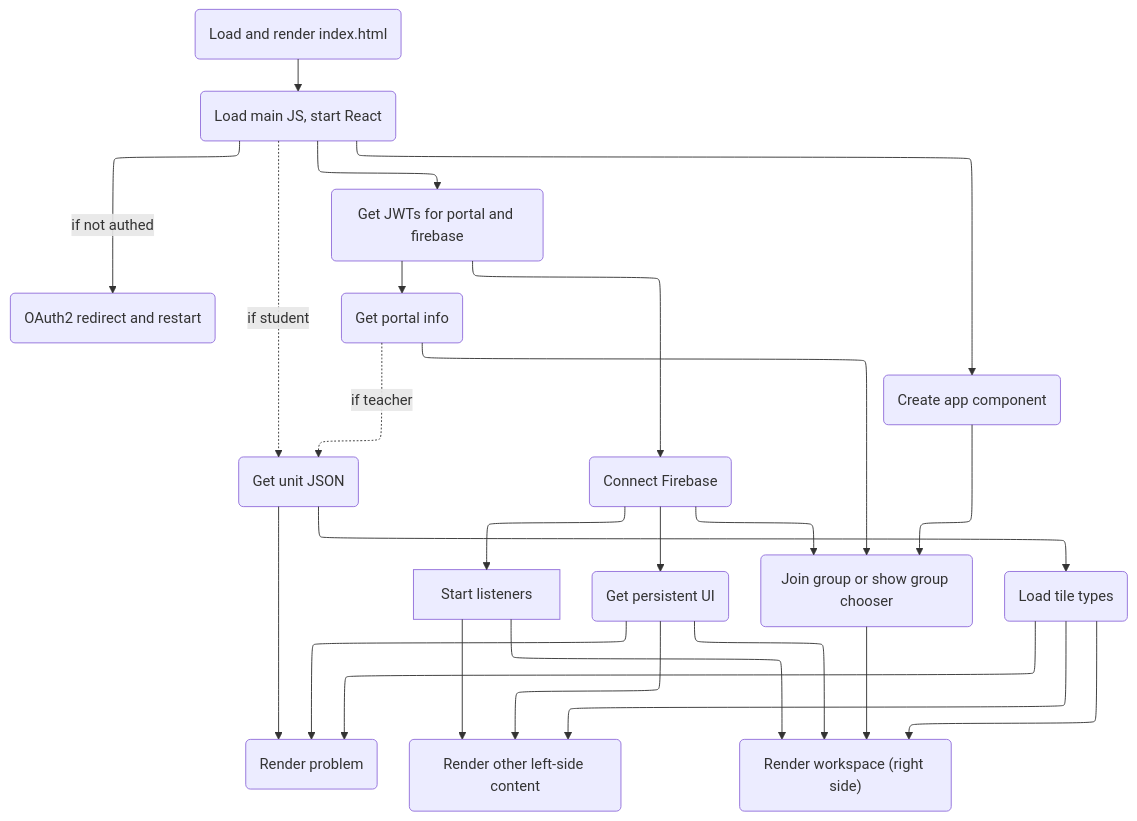
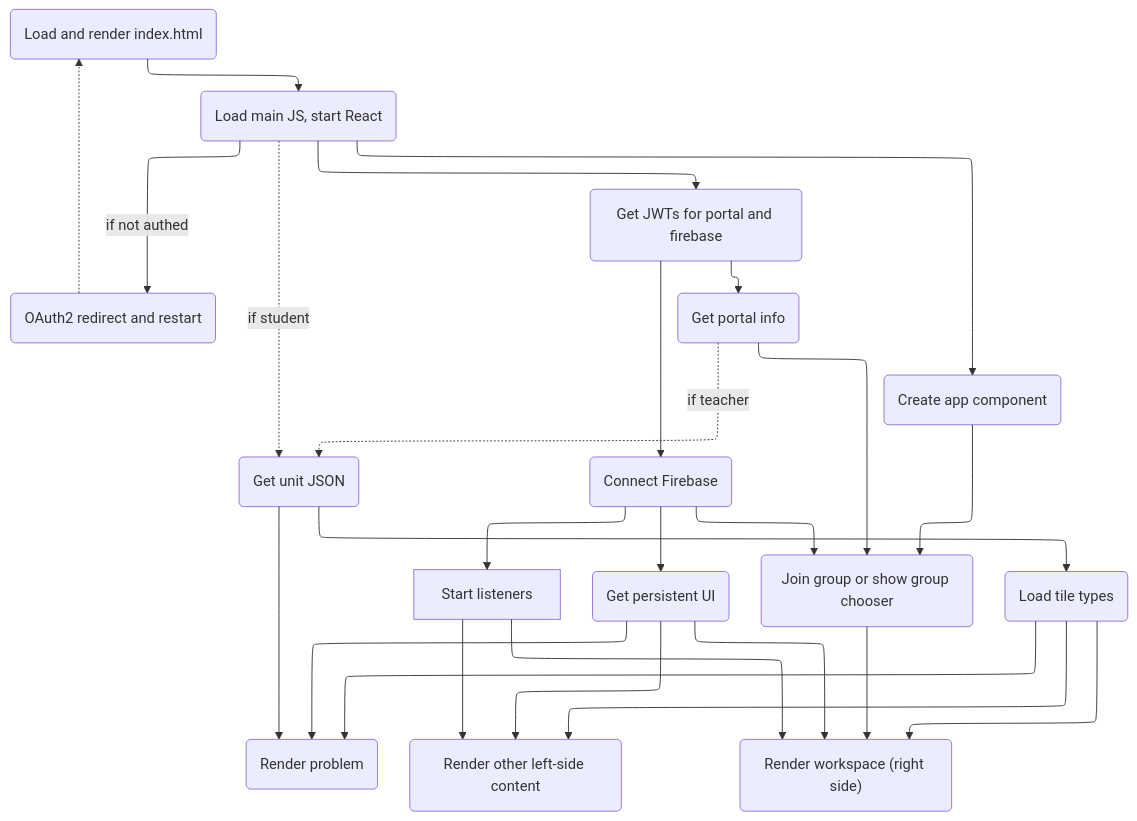
Before and after one commit to concord-consortium/collaborative-learning: the diagram in docs/launch-sequence-abstract.md, drawn with Mermaid. The commit also changed 1 other file, not shown here.

Commit message:
Clean up some IDs

````diff
--- a/docs/launch-sequence-abstract.md
+++ b/docs/launch-sequence-abstract.md
@@ -6,59 +6,60 @@
 ```mermaid
 flowchart TD
 %%{init: {"flowchart": {"defaultRenderer": "elk"}} }%%
 
   req(Load and render index.html)
   req --> load
 
   load(Load main JS, start React)
   load --> component
   load --> jwts
   load -- if not authed --> oauth
   load -. if student .-> unit
 
   oauth(OAuth2 redirect and restart)
+  oauth -.-> req
 
   jwts(Get JWTs for portal and firebase)
   jwts --> portal
   jwts --> firebase
 
   firebase(Connect Firebase)
   firebase --> listeners
   firebase --> ui
   firebase --> group
 
   portal(Get portal info)
   portal -. if teacher .-> unit
   portal --> group
 
   unit(Get unit JSON)
   unit --> tiles
   unit --> problem
 
   component(Create app component)
   component --> group
 
   listeners[Start listeners]
   listeners --> tabs
   listeners --> work
 
   group(Join group or show group chooser)
   group ---> work
 
   tiles(Load tile types)
   tiles --> problem
   tiles --> work
   tiles --> tabs
 
   ui(Get persistent UI)
   ui --> problem
   ui --> tabs
   ui --> work
 
   problem(Render problem)
 
   tabs(Render other left-side content)
 
   work("Render workspace (right side)")
 
 ```
````
